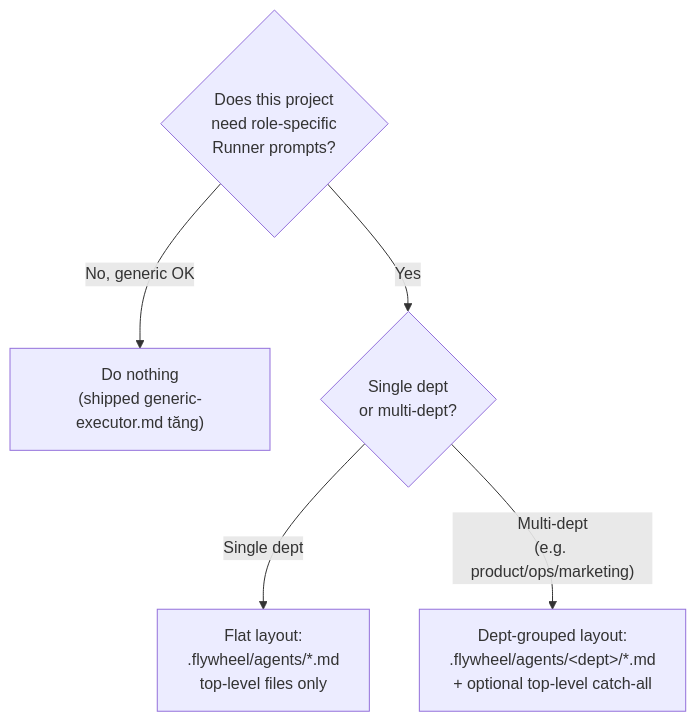
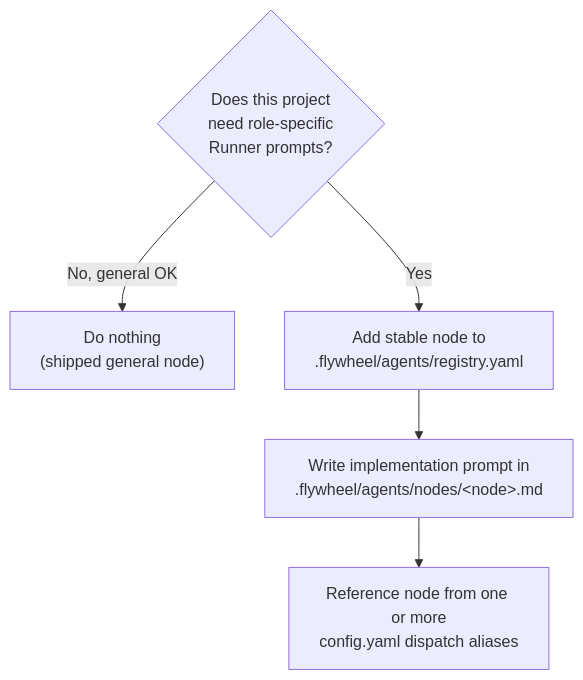
One commit to xrliAnnie/flywheel-qa-sandbox changed the diagram in doc/engineer/onboarding/new-project-flywheel-setup.md. Above: the diagram before and after it, drawn with Mermaid. The commit also changed other lines of this file and 198 other files, not shown here.

````diff
--- a/doc/engineer/onboarding/new-project-flywheel-setup.md
+++ b/doc/engineer/onboarding/new-project-flywheel-setup.md
@@ -25,8 +26,8 @@
 ```mermaid
 flowchart TD
   Q1{Does this project<br/>need role-specific<br/>Runner prompts?}
-  Q1 -- "No, generic OK" --> NULL["Do nothing<br/>(shipped generic-executor.md tăng)"]
-  Q1 -- "Yes" --> Q2{Single dept<br/>or multi-dept?}
-  Q2 -- "Single dept" --> SINGLE[Flat layout:<br/>.flywheel/agents/*.md<br/>top-level files only]
-  Q2 -- "Multi-dept<br/>(e.g. product/ops/marketing)" --> MULTI[Dept-grouped layout:<br/>.flywheel/agents/&lt;dept&gt;/*.md<br/>+ optional top-level catch-all]
+  Q1 -- "No, general OK" --> NULL["Do nothing<br/>(shipped general node)"]
+  Q1 -- "Yes" --> REG["Add stable node to<br/>.flywheel/agents/registry.yaml"]
+  REG --> FILE["Write implementation prompt in<br/>.flywheel/agents/nodes/&lt;node&gt;.md"]
+  FILE --> ALIAS["Reference node from one or more<br/>config.yaml dispatch aliases"]
 ```
````
